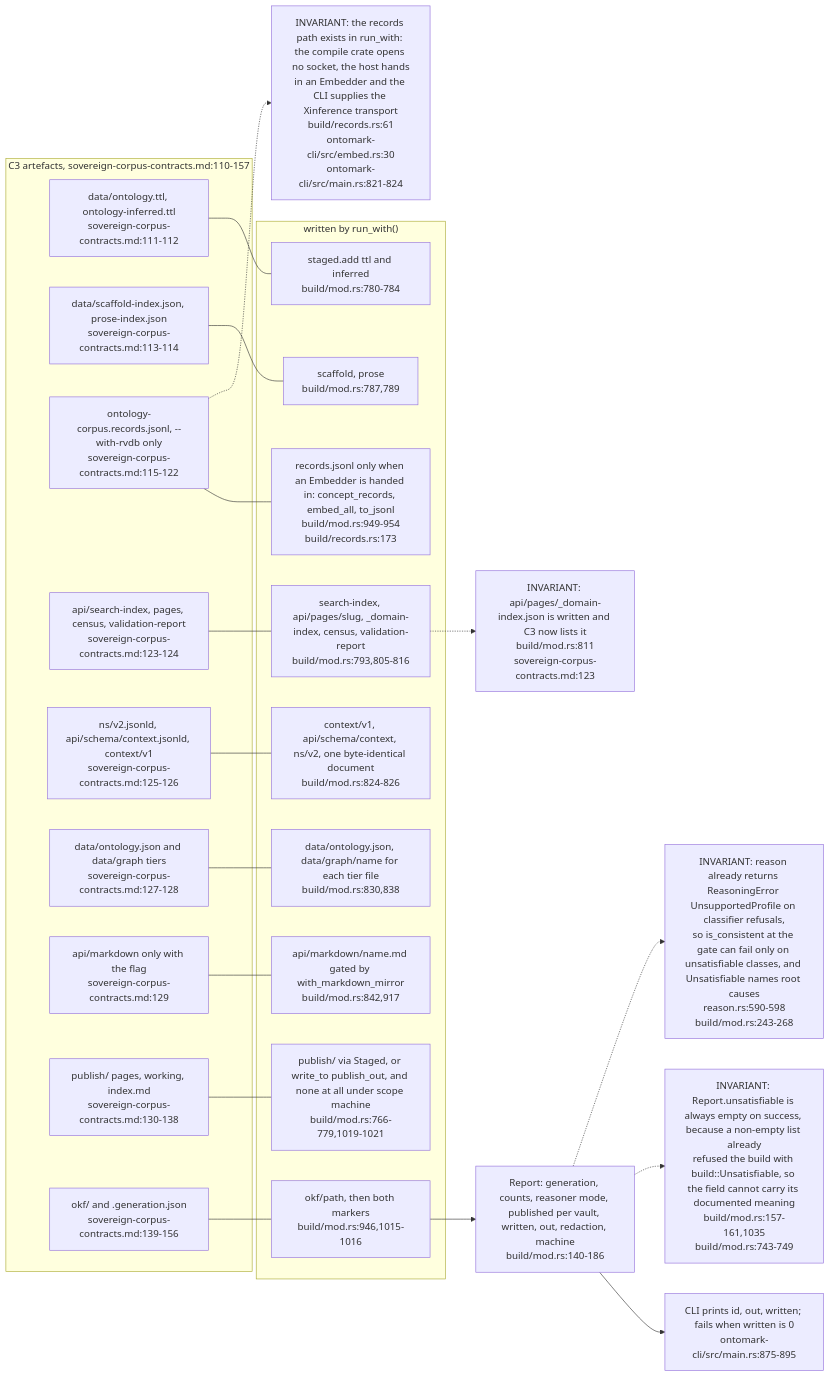
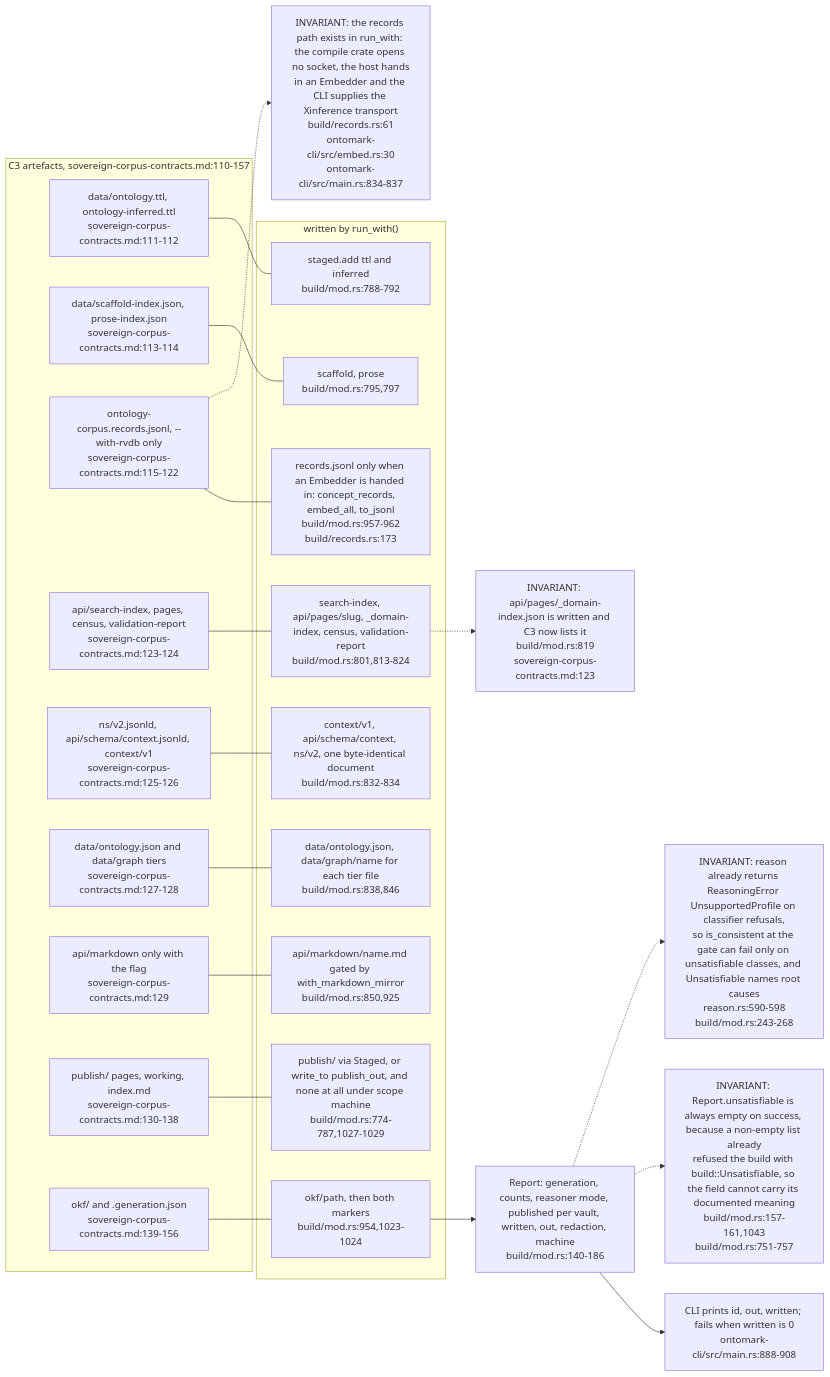
Before and after one commit to DreamLab-AI/VisionFlow: the seventh of 8 diagrams in docs/diagrams/ontomark/03-build-run-gates-staging-and-generation.md, drawn with Mermaid. The commit also changed other lines of this file and 91 other files, not shown here.

````diff
--- a/docs/diagrams/ontomark/03-build-run-gates-staging-and-generation.md
+++ b/docs/diagrams/ontomark/03-build-run-gates-staging-and-generation.md
@@ -261,45 +264,45 @@
 ```mermaid
 flowchart LR
     subgraph C3["C3 artefacts, sovereign-corpus-contracts.md:110-157"]
         A1["data/ontology.ttl, ontology-inferred.ttl<br/>sovereign-corpus-contracts.md:111-112"]
         A2["data/scaffold-index.json, prose-index.json<br/>sovereign-corpus-contracts.md:113-114"]
         A3["ontology-corpus.records.jsonl, --with-rvdb only<br/>sovereign-corpus-contracts.md:115-122"]
         A4["api/search-index, pages, census, validation-report<br/>sovereign-corpus-contracts.md:123-124"]
         A5["ns/v2.jsonld, api/schema/context.jsonld, context/v1<br/>sovereign-corpus-contracts.md:125-126"]
         A6["data/ontology.json and data/graph tiers<br/>sovereign-corpus-contracts.md:127-128"]
         A7["api/markdown only with the flag<br/>sovereign-corpus-contracts.md:129"]
         A8["publish/ pages, working, index.md<br/>sovereign-corpus-contracts.md:130-138"]
         A9["okf/ and .generation.json<br/>sovereign-corpus-contracts.md:139-156"]
     end
     subgraph RUN["written by run_with()"]
-        W1["staged.add ttl and inferred<br/>build/mod.rs:780-784"]
-        W2["scaffold, prose<br/>build/mod.rs:787,789"]
-        W3["records.jsonl only when an Embedder is handed in: concept_records, embed_all, to_jsonl<br/>build/mod.rs:949-954<br/>build/records.rs:173"]
-        W4["search-index, api/pages/slug, _domain-index, census, validation-report<br/>build/mod.rs:793,805-816"]
-        W5["context/v1, api/schema/context, ns/v2, one byte-identical document<br/>build/mod.rs:824-826"]
-        W6["data/ontology.json, data/graph/name for each tier file<br/>build/mod.rs:830,838"]
-        W7["api/markdown/name.md gated by with_markdown_mirror<br/>build/mod.rs:842,917"]
-        W8["publish/ via Staged, or write_to publish_out, and none at all under scope machine<br/>build/mod.rs:766-779,1019-1021"]
-        W9["okf/path, then both markers<br/>build/mod.rs:946,1015-1016"]
+        W1["staged.add ttl and inferred<br/>build/mod.rs:788-792"]
+        W2["scaffold, prose<br/>build/mod.rs:795,797"]
+        W3["records.jsonl only when an Embedder is handed in: concept_records, embed_all, to_jsonl<br/>build/mod.rs:957-962<br/>build/records.rs:173"]
+        W4["search-index, api/pages/slug, _domain-index, census, validation-report<br/>build/mod.rs:801,813-824"]
+        W5["context/v1, api/schema/context, ns/v2, one byte-identical document<br/>build/mod.rs:832-834"]
+        W6["data/ontology.json, data/graph/name for each tier file<br/>build/mod.rs:838,846"]
+        W7["api/markdown/name.md gated by with_markdown_mirror<br/>build/mod.rs:850,925"]
+        W8["publish/ via Staged, or write_to publish_out, and none at all under scope machine<br/>build/mod.rs:774-787,1027-1029"]
+        W9["okf/path, then both markers<br/>build/mod.rs:954,1023-1024"]
     end
     RPT["Report: generation, counts, reasoner mode, published per vault, written, out, redaction, machine<br/>build/mod.rs:140-186"]
-    CLI["CLI prints id, out, written; fails when written is 0<br/>ontomark-cli/src/main.rs:875-895"]
-    N1["INVARIANT: the records path exists in run_with: the compile crate opens no socket, the host hands<br/>in an Embedder and the CLI supplies the Xinference transport<br/>build/records.rs:61<br/>ontomark-cli/src/embed.rs:30<br/>ontomark-cli/src/main.rs:821-824"]
-    N2["INVARIANT: api/pages/_domain-index.json is written and C3 now lists it<br/>build/mod.rs:811<br/>sovereign-corpus-contracts.md:123"]
-    N3["INVARIANT: Report.unsatisfiable is always empty on success, because a non-empty list already<br/>refused the build with build::Unsatisfiable, so the field cannot carry its documented meaning<br/>build/mod.rs:157-161,1035<br/>build/mod.rs:743-749"]
+    CLI["CLI prints id, out, written; fails when written is 0<br/>ontomark-cli/src/main.rs:888-908"]
+    N1["INVARIANT: the records path exists in run_with: the compile crate opens no socket, the host hands<br/>in an Embedder and the CLI supplies the Xinference transport<br/>build/records.rs:61<br/>ontomark-cli/src/embed.rs:30<br/>ontomark-cli/src/main.rs:834-837"]
+    N2["INVARIANT: api/pages/_domain-index.json is written and C3 now lists it<br/>build/mod.rs:819<br/>sovereign-corpus-contracts.md:123"]
+    N3["INVARIANT: Report.unsatisfiable is always empty on success, because a non-empty list already<br/>refused the build with build::Unsatisfiable, so the field cannot carry its documented meaning<br/>build/mod.rs:157-161,1043<br/>build/mod.rs:751-757"]
     N4["INVARIANT: reason already returns ReasoningError UnsupportedProfile on classifier refusals,<br/>so is_consistent at the gate can fail only on unsatisfiable classes, and Unsatisfiable names root causes<br/>reason.rs:590-598<br/>build/mod.rs:243-268"]
     A1 --- W1
     A2 --- W2
     A3 --- W3
     A4 --- W4
     A5 --- W5
     A6 --- W6
     A7 --- W7
     A8 --- W8
     A9 --- W9
     W9 --> RPT --> CLI
     A3 -.-> N1
     W4 -.-> N2
     RPT -.-> N3
     RPT -.-> N4
 ```
````
